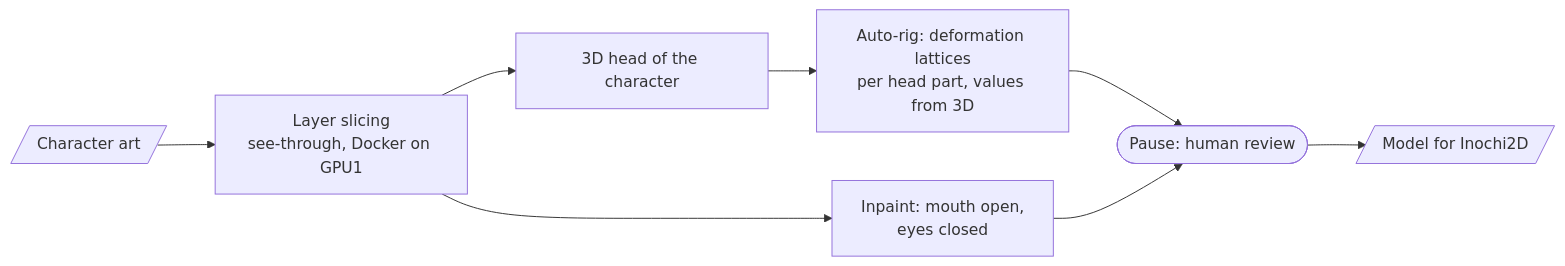
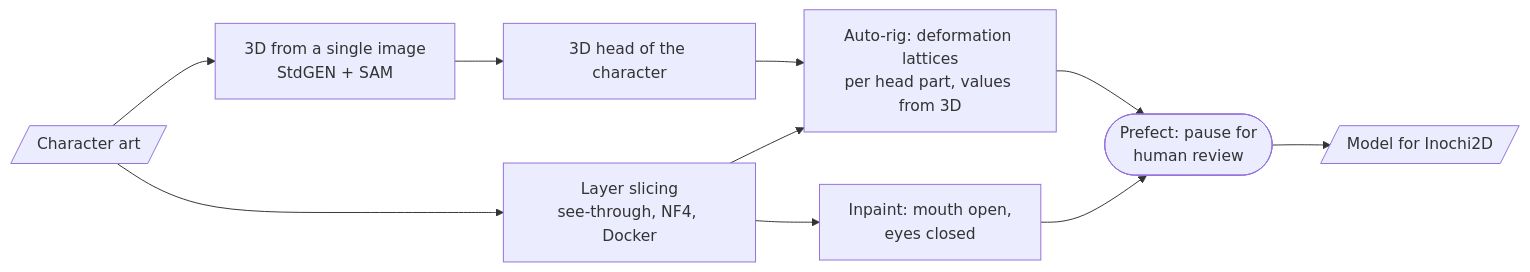
The diagram in cases/en/vtube-acmt.md (zhoratolk/portfolio), drawn with Mermaid before and after one commit. The commit also changed other lines of this file and 7 other files, not shown here.

````diff
--- a/cases/en/vtube-acmt.md
+++ b/cases/en/vtube-acmt.md
@@ -16,9 +18,11 @@
 ```mermaid
 flowchart LR
-  art[/Character art/] --> slice[Layer slicing<br/>see-through, Docker on GPU1]
-  slice --> h3d[3D head of the character]
+  art[/Character art/] --> slice[Layer slicing<br/>see-through, NF4, Docker]
+  art --> std[3D from a single image<br/>StdGEN + SAM]
+  std --> h3d[3D head of the character]
   h3d --> rig[Auto-rig: deformation lattices<br/>per head part, values from 3D]
+  slice --> rig
   slice --> inp[Inpaint: mouth open,<br/>eyes closed]
-  rig & inp --> review([Pause: human review])
+  rig & inp --> review([Prefect: pause for<br/>human review])
   review --> out[/Model for Inochi2D/]
 ```
````
